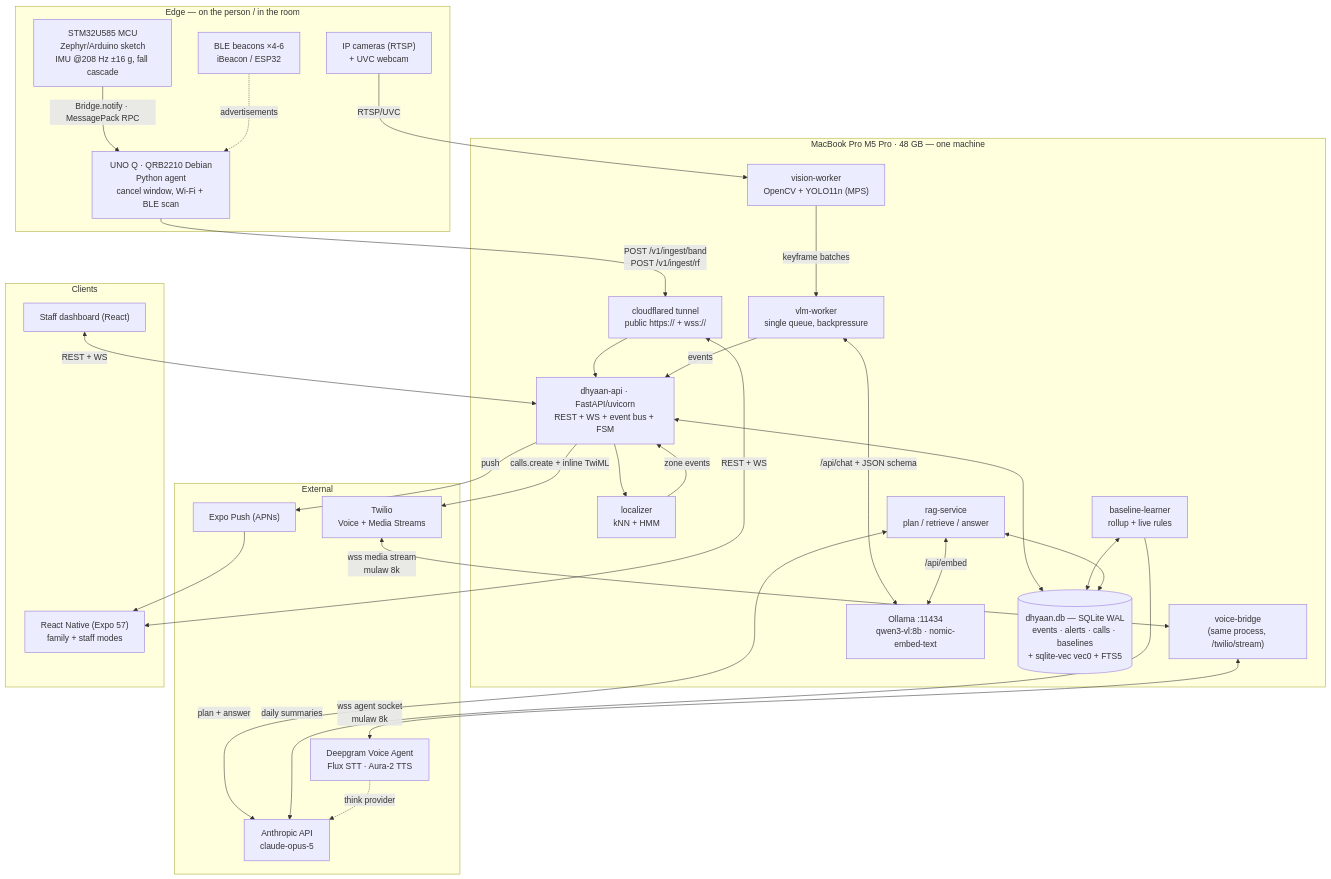
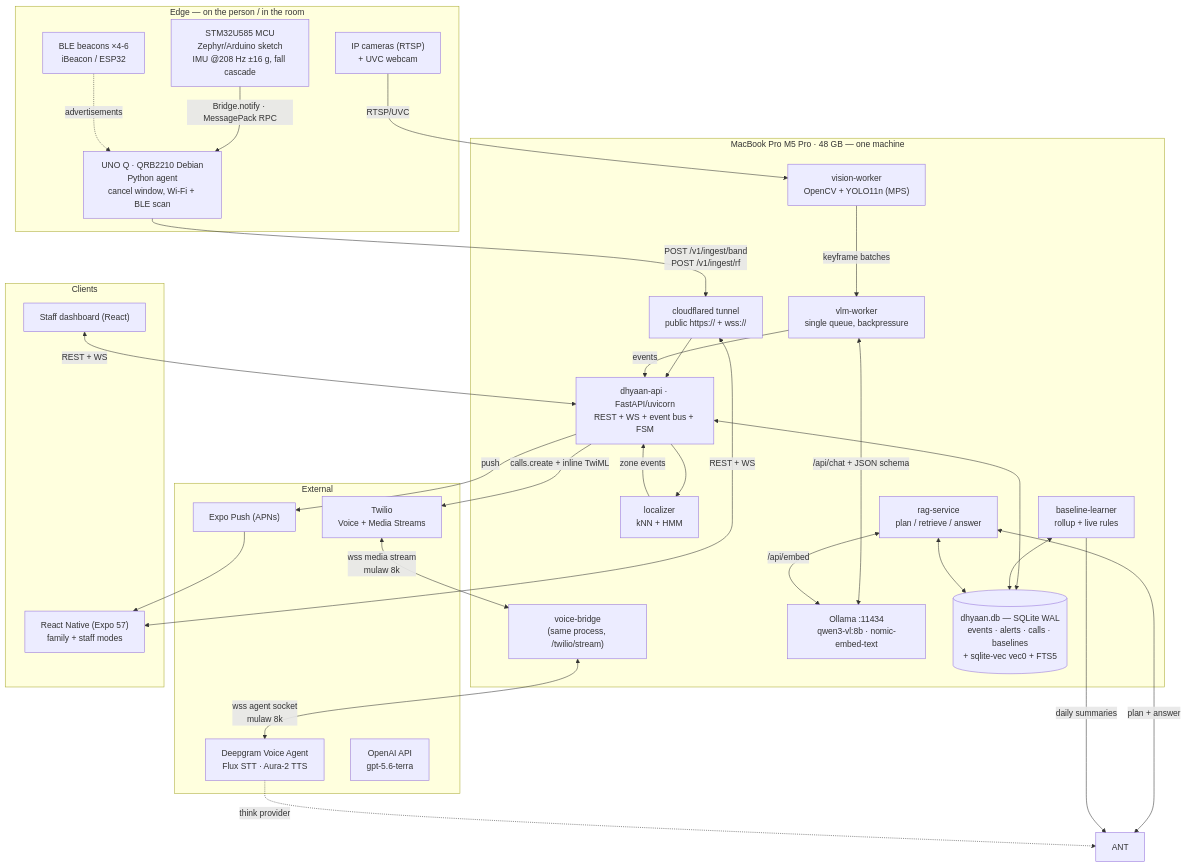
Before and after one commit to ayushmk7/Dhyaan_HackMIT2026: the first of 2 diagrams in docs/TECHNICAL_PRD.md, drawn with Mermaid. The commit also changed other lines of this file and 57 other files, not shown here.

````diff
--- a/docs/TECHNICAL_PRD.md
+++ b/docs/TECHNICAL_PRD.md
@@ -103,59 +103,59 @@
 ```mermaid
 graph TB
     subgraph EDGE["Edge — on the person / in the room"]
         MCU["STM32U585 MCU<br/>Zephyr/Arduino sketch<br/>IMU @208 Hz ±16 g, fall cascade"]
         LNX["UNO Q · QRB2210 Debian<br/>Python agent<br/>cancel window, Wi-Fi + BLE scan"]
         BCN["BLE beacons ×4-6<br/>iBeacon / ESP32"]
         CAM["IP cameras (RTSP)<br/>+ UVC webcam"]
         MCU -->|Bridge.notify · MessagePack RPC| LNX
         BCN -.->|advertisements| LNX
     end
 
     subgraph MAC["MacBook Pro M5 Pro · 48 GB — one machine"]
         API["dhyaan-api · FastAPI/uvicorn<br/>REST + WS + event bus + FSM"]
         BRIDGE["voice-bridge<br/>(same process, /twilio/stream)"]
         VISION["vision-worker<br/>OpenCV + YOLO11n (MPS)"]
         VLMQ["vlm-worker<br/>single queue, backpressure"]
         LOC["localizer<br/>kNN + HMM"]
         LEARN["baseline-learner<br/>rollup + live rules"]
         RAG["rag-service<br/>plan / retrieve / answer"]
         OLL["Ollama :11434<br/>qwen3-vl:8b · nomic-embed-text"]
         DB[("dhyaan.db — SQLite WAL<br/>events · alerts · calls · baselines<br/>+ sqlite-vec vec0 + FTS5")]
         TUN["cloudflared tunnel<br/>public https:// + wss://"]
     end
 
     subgraph CLOUD["External"]
         TW["Twilio<br/>Voice + Media Streams"]
         DG["Deepgram Voice Agent<br/>Flux STT · Aura-2 TTS"]
-        ANT["Anthropic API<br/>claude-opus-5"]
+        OAI["OpenAI API<br/>gpt-5.6-terra"]
         EXPO["Expo Push (APNs)"]
     end
 
     subgraph APPS["Clients"]
         RN["React Native (Expo 57)<br/>family + staff modes"]
         WEB["Staff dashboard (React)"]
     end
 
     LNX -->|"POST /v1/ingest/band<br/>POST /v1/ingest/rf"| TUN
     CAM -->|RTSP/UVC| VISION
     TUN --> API
     VISION -->|keyframe batches| VLMQ
     VLMQ <-->|/api/chat + JSON schema| OLL
     VLMQ -->|events| API
     LOC -->|zone events| API
     API --> LOC
     API <--> DB
     LEARN <--> DB
     RAG <--> DB
     RAG <-->|/api/embed| OLL
     RAG <-->|plan + answer| ANT
     LEARN -->|daily summaries| ANT
     API -->|"calls.create + inline TwiML"| TW
     TW <-->|"wss media stream<br/>mulaw 8k"| BRIDGE
     BRIDGE <-->|"wss agent socket<br/>mulaw 8k"| DG
     DG -.->|think provider| ANT
     API -->|push| EXPO
     EXPO --> RN
     RN <-->|"REST + WS"| TUN
     WEB <-->|"REST + WS"| API
 ```
````
